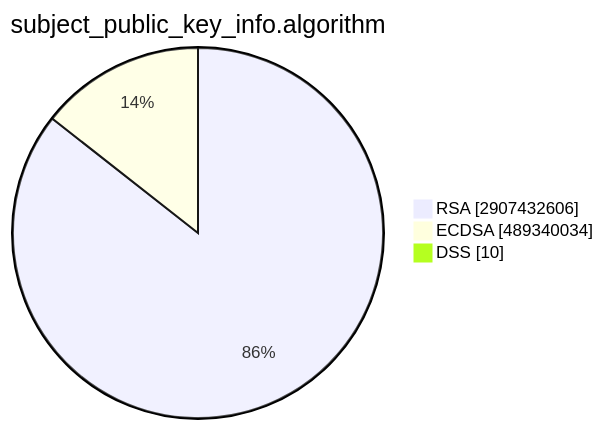
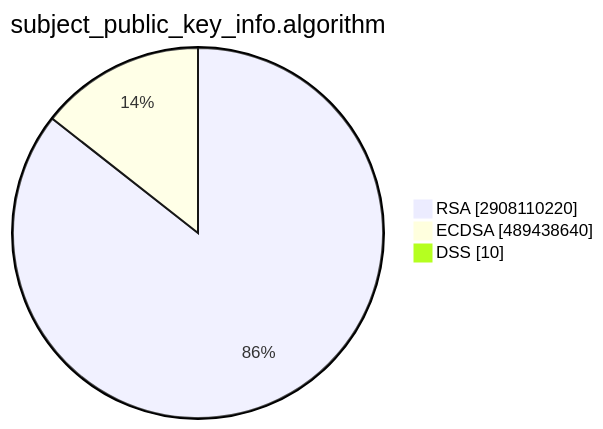
Before and after one commit to christiankrug/ctmonitor_visualization: the second of 15 diagrams in TOTAL/README.md, drawn with Mermaid. The commit also changed other lines of this file, not shown here.

````diff
--- a/TOTAL/README.md
+++ b/TOTAL/README.md
@@ -6,7 +6,7 @@
 ```mermaid
 pie showData
 title subject_public_key_info.algorithm
-"RSA" :2907432606
-"ECDSA" :489340034
+"RSA" :2908110220
+"ECDSA" :489438640
 "DSS" :10
 ```
````
